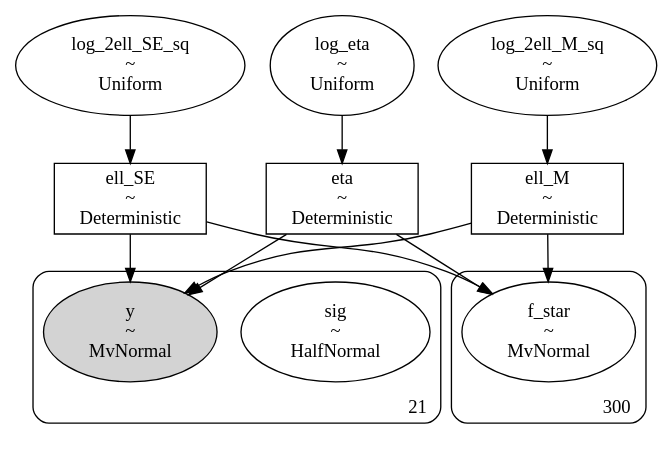
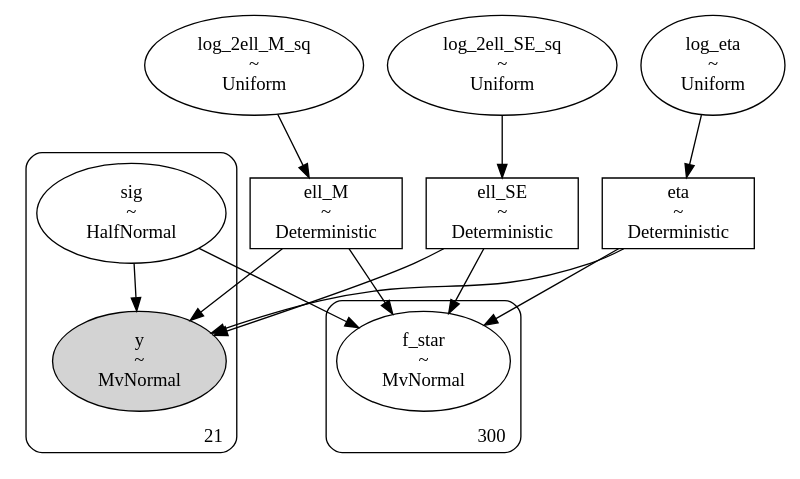
One commit to shihchingfu/gp-sandbox-thunderkat changed the diagram in dags/428_ra236.530_dec-46.922_4U1543TraPDB_andersson_sexm32_dag.dot. Above: the diagram before and after it, drawn with Graphviz. The commit also changed 10 other files, not shown here.

```diff
--- a/dags/428_ra236.530_dec-46.922_4U1543TraPDB_andersson_sexm32_dag.dot
+++ b/dags/428_ra236.530_dec-46.922_4U1543TraPDB_andersson_sexm32_dag.dot
@@ -1,44 +1,46 @@
 digraph {
+	log_2ell_SE_sq [label="log_2ell_SE_sq
+~
+Uniform" shape=ellipse]
 	ell_SE [label="ell_SE
 ~
 Deterministic" shape=box]
+	log_2ell_M_sq [label="log_2ell_M_sq
+~
+Uniform" shape=ellipse]
 	eta [label="eta
 ~
 Deterministic" shape=box]
+	log_eta [label="log_eta
+~
+Uniform" shape=ellipse]
 	ell_M [label="ell_M
 ~
 Deterministic" shape=box]
-	log_2ell_SE_sq [label="log_2ell_SE_sq
+	subgraph cluster21 {
+		y [label="y
 ~
-Uniform" shape=ellipse]
-	log_eta [label="log_eta
-~
-Uniform" shape=ellipse]
-	log_2ell_M_sq [label="log_2ell_M_sq
-~
-Uniform" shape=ellipse]
-	subgraph cluster21 {
+MvNormal" shape=ellipse style=filled]
 		sig [label="sig
 ~
 HalfNormal" shape=ellipse]
-		y [label="y
-~
-MvNormal" shape=ellipse style=filled]
 		label=21 labeljust=r labelloc=b style=rounded
 	}
 	subgraph cluster300 {
 		f_star [label="f_star
 ~
 MvNormal" shape=ellipse]
 		label=300 labeljust=r labelloc=b style=rounded
 	}
 	log_2ell_SE_sq -> ell_SE
 	log_2ell_M_sq -> ell_M
 	log_eta -> eta
+	eta -> y
 	ell_M -> y
+	sig -> y
 	ell_SE -> y
-	eta -> y
+	eta -> f_star
 	ell_M -> f_star
+	sig -> f_star
 	ell_SE -> f_star
-	eta -> f_star
 }
```
